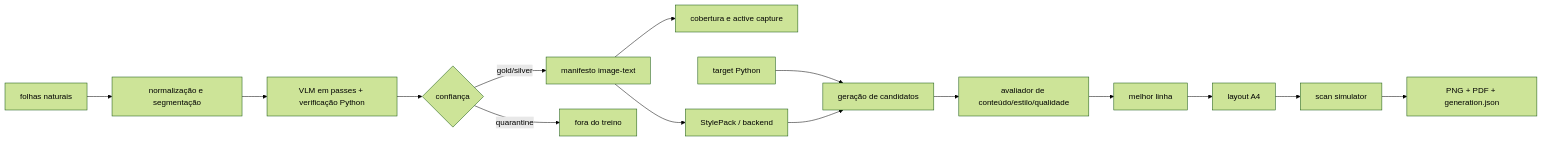
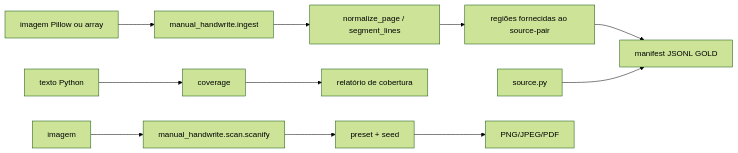
Before and after one commit to zC4sTr0/manual-handwrite-ia: the diagram in docs/ARCHITECTURE.md, drawn with Mermaid (forest theme). The commit also changed other lines of this file and 18 other files, not shown here.

````diff
--- a/docs/ARCHITECTURE.md
+++ b/docs/ARCHITECTURE.md
@@ -5,17 +12,13 @@
 ```mermaid
 flowchart LR
-  A[folhas naturais] --> B[normalização e segmentação]
-  B --> C[VLM em passes + verificação Python]
-  C --> D{confiança}
-  D -->|gold/silver| E[manifesto image-text]
-  D -->|quarantine| Q[fora do treino]
-  E --> F[cobertura e active capture]
-  E --> G[StylePack / backend]
-  T[target Python] --> H[geração de candidatos]
-  G --> H
-  H --> I[avaliador de conteúdo/estilo/qualidade]
-  I --> J[melhor linha]
-  J --> K[layout A4]
-  K --> L[scan simulator]
-  L --> O[PNG + PDF + generation.json]
+  A[imagem Pillow ou array] --> B[manual_handwrite.ingest]
+  B --> C[normalize_page / segment_lines]
+  C --> D[regiões fornecidas ao source-pair]
+  D --> E[manifest JSONL GOLD]
+  T[source.py] --> E
+  X[texto Python] --> F[coverage]
+  F --> G[relatório de cobertura]
+  I[imagem] --> H[manual_handwrite.scan.scanify]
+  H --> J[preset + seed]
+  J --> K[PNG/JPEG/PDF]
 ```
````
